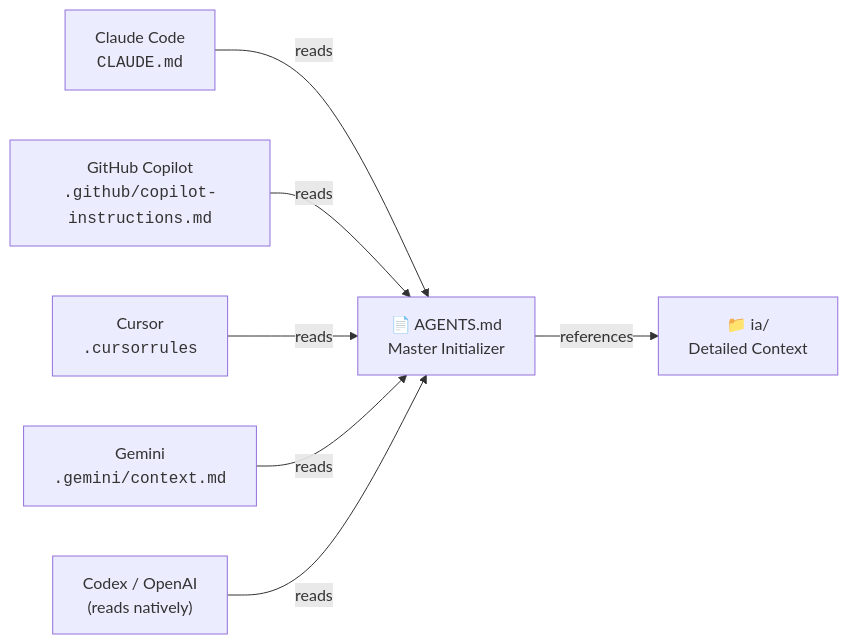
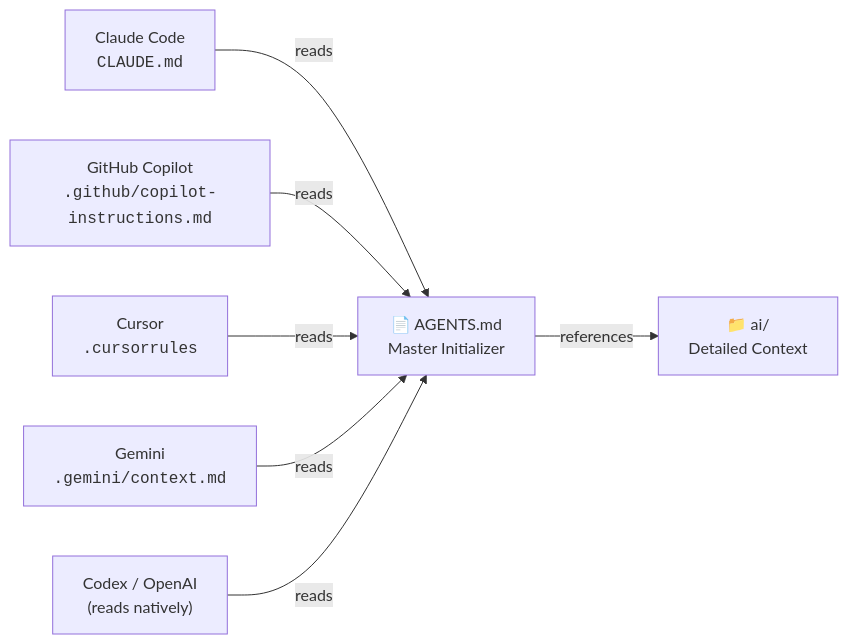
One commit to CodandoTV/CraftD changed the diagram in README-AI-CONTEXT.md. Above: the diagram before and after it, drawn with Mermaid. The commit also changed other lines of this file and 12 other files, not shown here.

````diff
--- a/README-AI-CONTEXT.md
+++ b/README-AI-CONTEXT.md
@@ -10,19 +10,19 @@
 ```mermaid
 graph LR
     CLAUDE["Claude Code<br/><code>CLAUDE.md</code>"]
     COPILOT["GitHub Copilot<br/><code>.github/copilot-instructions.md</code>"]
     CURSOR["Cursor<br/><code>.cursorrules</code>"]
     GEMINI["Gemini<br/><code>.gemini/context.md</code>"]
     CODEX["Codex / OpenAI<br/>(reads natively)"]
 
     AG["📄 AGENTS.md<br/>Master Initializer"]
-    IA["📁 ia/<br/>Detailed Context"]
+    IA["📁 ai/<br/>Detailed Context"]
 
     CLAUDE -->|reads| AG
     COPILOT -->|reads| AG
     CURSOR -->|reads| AG
     GEMINI -->|reads| AG
     CODEX -->|reads| AG
 
     AG -->|references| IA
 ```
````
